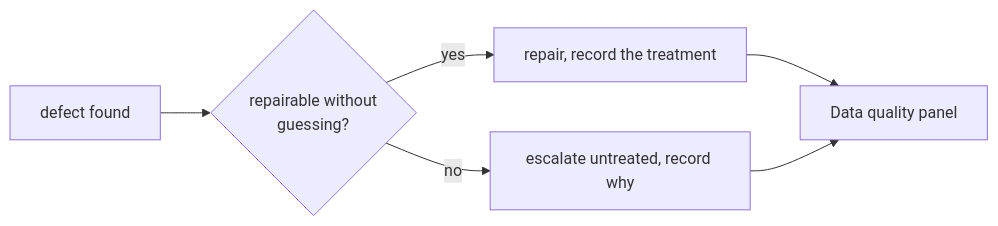
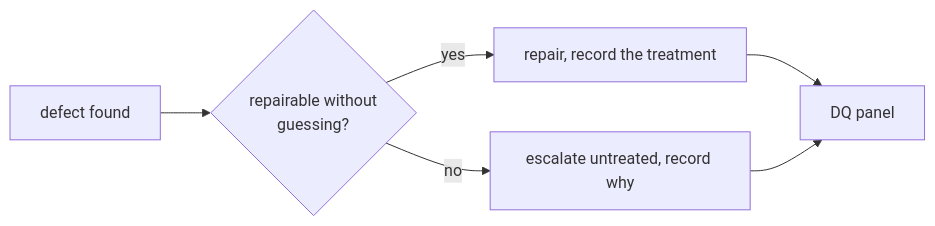
Before and after one commit to akaloic/risk-pnl-dashboard: the second of 2 diagrams in README.md, drawn with Mermaid.

Commit message:
docs: shorten the last node so GitHub's controls stop covering it
GitHub overlays zoom, pan and fullscreen buttons on the top right of a rendered
mermaid diagram, and they sat on top of the last node: the flow ended at
"Data qu..." until you opened it fullscreen. The overlay lands in the same
place whatever the content, so the fix is on this side.

"DQ panel" fits under it and is the name the tab carries on screen anyway.

````diff
--- a/README.md
+++ b/README.md
@@ -49,8 +49,8 @@
 ```mermaid
 flowchart LR
   D["defect found"] --> Q{"repairable without<br/>guessing?"}
   Q -->|yes| R["repair, record the treatment"]
   Q -->|no| E["escalate untreated, record why"]
-  R --> P["Data quality panel"]
+  R --> P["DQ panel"]
   E --> P
 ```
````
